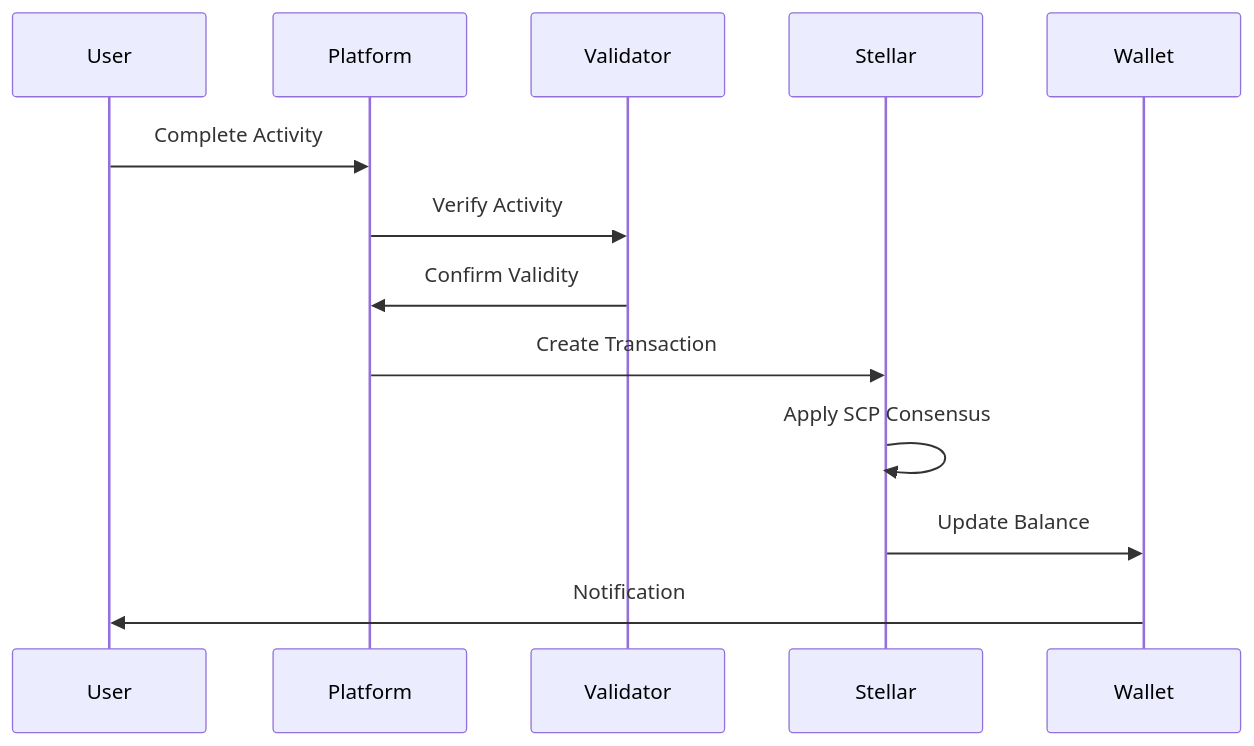
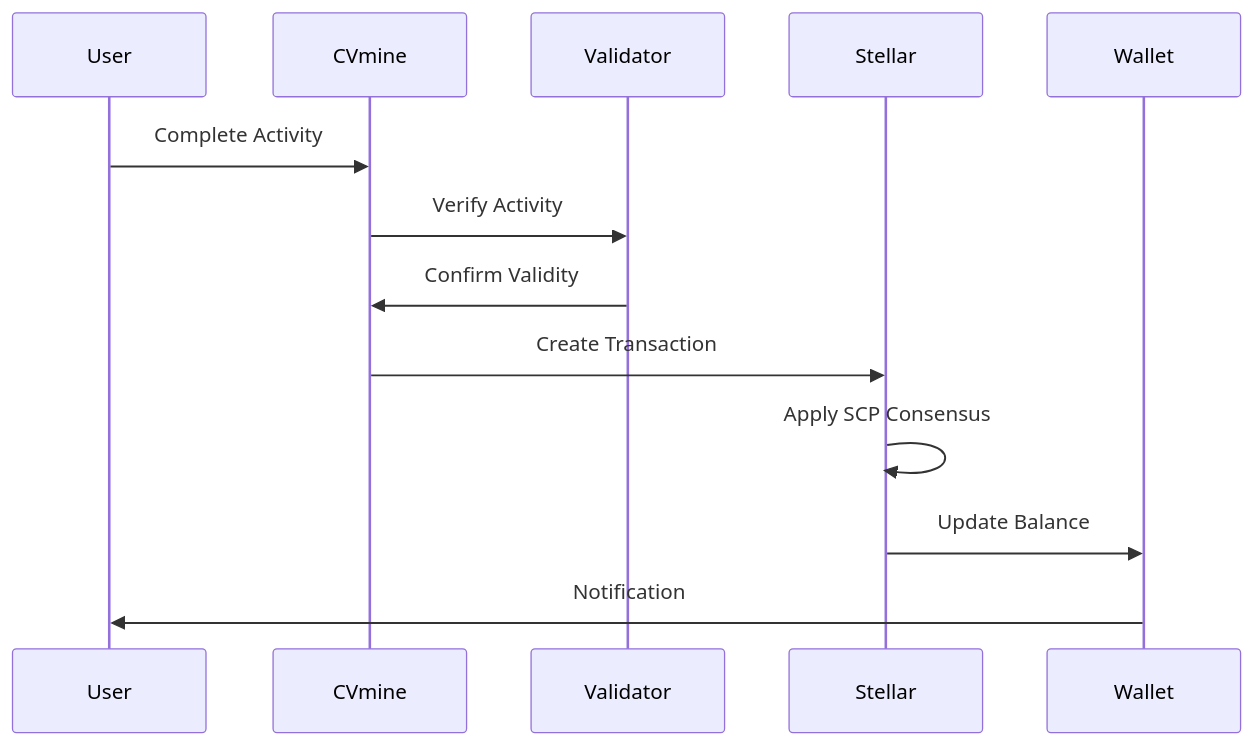
Before and after one commit to karthikhosur/italtoken: the second of 17 diagrams in whitepaper.md, drawn with Mermaid. The commit also changed other lines of this file, not shown here.

````diff
--- a/whitepaper.md
+++ b/whitepaper.md
@@ -32,16 +32,16 @@
 ```mermaid
 sequenceDiagram
     participant User
-    participant Platform
+    participant CVmine
     participant Validator
     participant Stellar
     participant Wallet
     
-    User->>Platform: Complete Activity
-    Platform->>Validator: Verify Activity
-    Validator->>Platform: Confirm Validity
-    Platform->>Stellar: Create Transaction
+    User->>CVmine: Complete Activity
+    CVmine->>Validator: Verify Activity
+    Validator->>CVmine: Confirm Validity
+    CVmine->>Stellar: Create Transaction
     Stellar->>Stellar: Apply SCP Consensus
     Stellar->>Wallet: Update Balance
     Wallet->>User: Notification
 ```
````
